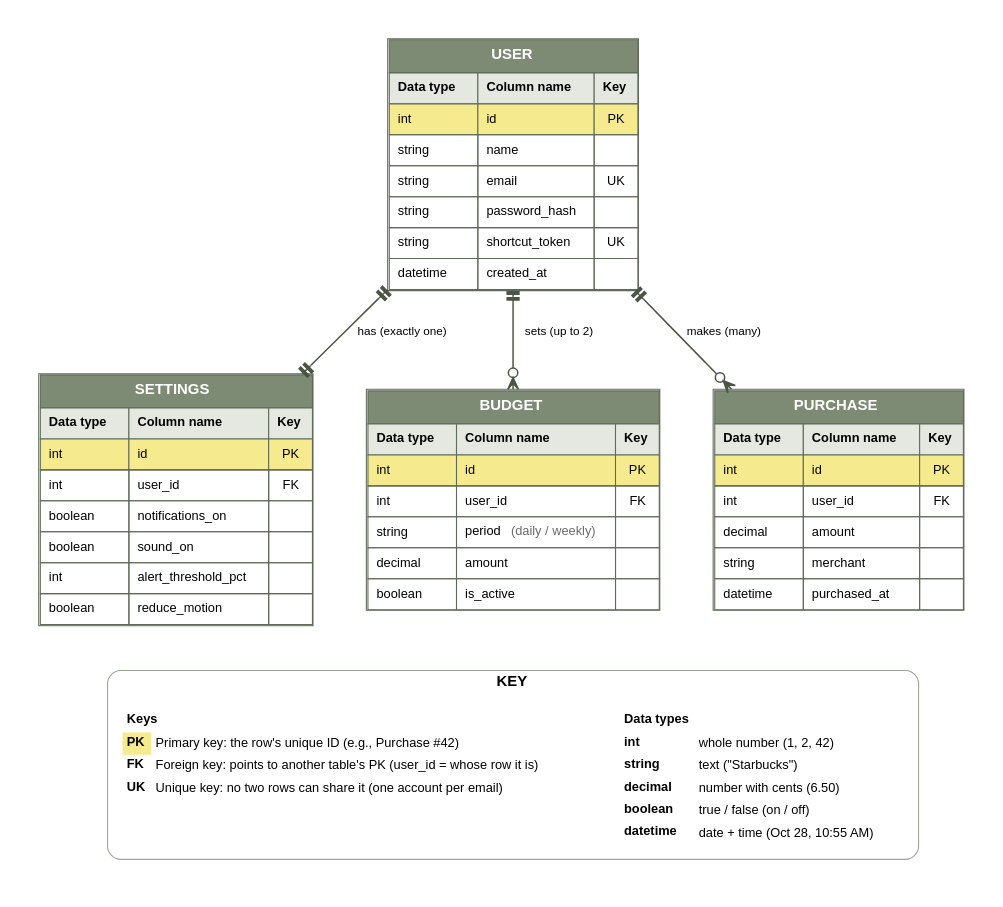
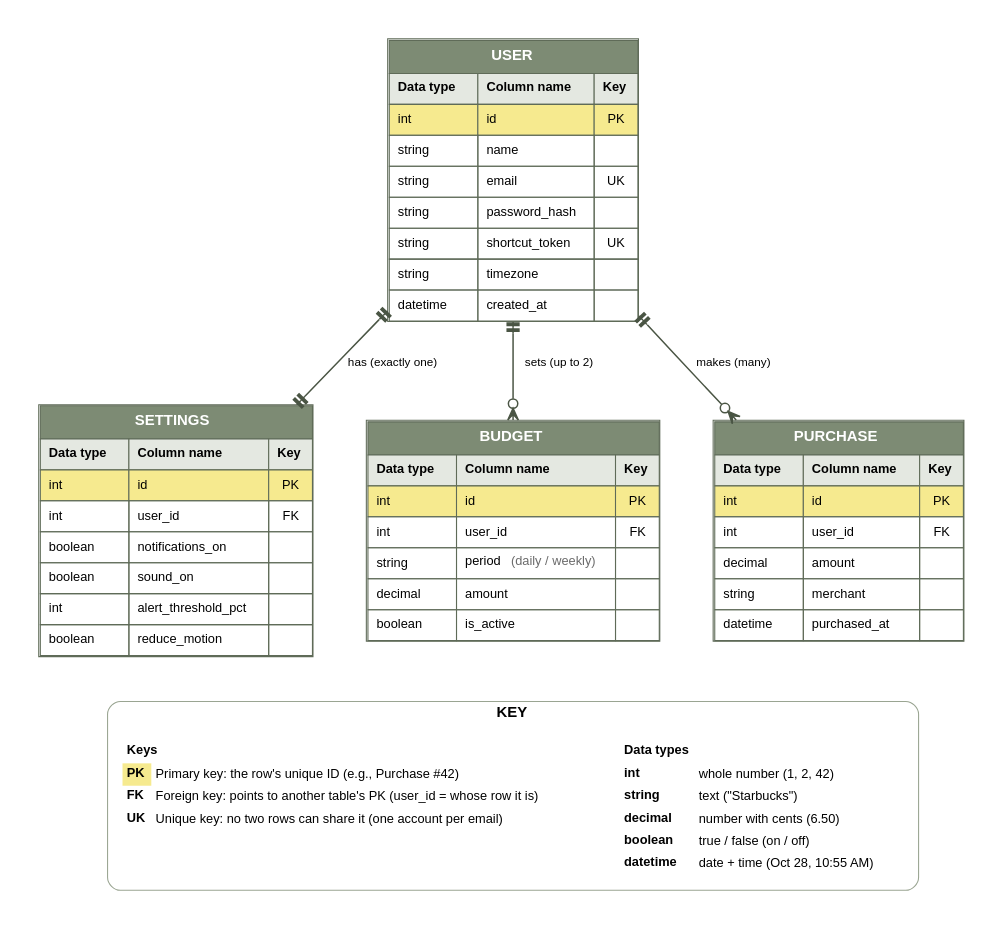
Before and after one commit to MarieblancheBotilou/Clink: the diagram in docs/diagrams/er-diagram.dot, drawn with Graphviz. The commit also changed 6 other files, not shown here.

Commit message:
Add relational schema and time zone column

```diff
--- a/docs/diagrams/er-diagram.dot
+++ b/docs/diagrams/er-diagram.dot
@@ -1,67 +1,68 @@
 digraph ER {
   graph [fontname="Helvetica", bgcolor="white", nodesep=0.7, ranksep=0.9, pad=0.4, newrank=true];
   node  [shape=plain, fontname="Helvetica", fontsize=12];
   edge  [fontname="Helvetica", fontsize=11, color="#4a5544", penwidth=1.4, dir=both, arrowsize=1.1];
 
   // colors: sage header, yellow PK row
   User [label=<<TABLE BORDER="1" CELLBORDER="1" CELLSPACING="0" CELLPADDING="7" COLOR="#5f6b58">
     <TR><TD COLSPAN="3" BGCOLOR="#7d8b74"><FONT COLOR="white" POINT-SIZE="14"><B>USER</B></FONT></TD></TR>
     <TR><TD BGCOLOR="#e4e8e1" ALIGN="LEFT"><B>Data type</B></TD><TD BGCOLOR="#e4e8e1" ALIGN="LEFT"><B>Column name</B></TD><TD BGCOLOR="#e4e8e1"><B>Key</B></TD></TR>
     <TR><TD BGCOLOR="#f6ea8f" ALIGN="LEFT">int</TD><TD BGCOLOR="#f6ea8f" ALIGN="LEFT">id</TD><TD BGCOLOR="#f6ea8f">PK</TD></TR>
     <TR><TD ALIGN="LEFT">string</TD><TD ALIGN="LEFT">name</TD><TD></TD></TR>
     <TR><TD ALIGN="LEFT">string</TD><TD ALIGN="LEFT">email</TD><TD>UK</TD></TR>
     <TR><TD ALIGN="LEFT">string</TD><TD ALIGN="LEFT">password_hash</TD><TD></TD></TR>
     <TR><TD ALIGN="LEFT">string</TD><TD ALIGN="LEFT">shortcut_token</TD><TD>UK</TD></TR>
+    <TR><TD ALIGN="LEFT">string</TD><TD ALIGN="LEFT">timezone</TD><TD></TD></TR>
     <TR><TD ALIGN="LEFT">datetime</TD><TD ALIGN="LEFT">created_at</TD><TD></TD></TR>
   </TABLE>>];
 
   Settings [label=<<TABLE BORDER="1" CELLBORDER="1" CELLSPACING="0" CELLPADDING="7" COLOR="#5f6b58">
     <TR><TD COLSPAN="3" BGCOLOR="#7d8b74"><FONT COLOR="white" POINT-SIZE="14"><B>SETTINGS</B></FONT></TD></TR>
     <TR><TD BGCOLOR="#e4e8e1" ALIGN="LEFT"><B>Data type</B></TD><TD BGCOLOR="#e4e8e1" ALIGN="LEFT"><B>Column name</B></TD><TD BGCOLOR="#e4e8e1"><B>Key</B></TD></TR>
     <TR><TD BGCOLOR="#f6ea8f" ALIGN="LEFT">int</TD><TD BGCOLOR="#f6ea8f" ALIGN="LEFT">id</TD><TD BGCOLOR="#f6ea8f">PK</TD></TR>
     <TR><TD ALIGN="LEFT">int</TD><TD ALIGN="LEFT">user_id</TD><TD>FK</TD></TR>
     <TR><TD ALIGN="LEFT">boolean</TD><TD ALIGN="LEFT">notifications_on</TD><TD></TD></TR>
     <TR><TD ALIGN="LEFT">boolean</TD><TD ALIGN="LEFT">sound_on</TD><TD></TD></TR>
     <TR><TD ALIGN="LEFT">int</TD><TD ALIGN="LEFT">alert_threshold_pct</TD><TD></TD></TR>
     <TR><TD ALIGN="LEFT">boolean</TD><TD ALIGN="LEFT">reduce_motion</TD><TD></TD></TR>
   </TABLE>>];
 
   Budget [label=<<TABLE BORDER="1" CELLBORDER="1" CELLSPACING="0" CELLPADDING="7" COLOR="#5f6b58">
     <TR><TD COLSPAN="3" BGCOLOR="#7d8b74"><FONT COLOR="white" POINT-SIZE="14"><B>BUDGET</B></FONT></TD></TR>
     <TR><TD BGCOLOR="#e4e8e1" ALIGN="LEFT"><B>Data type</B></TD><TD BGCOLOR="#e4e8e1" ALIGN="LEFT"><B>Column name</B></TD><TD BGCOLOR="#e4e8e1"><B>Key</B></TD></TR>
     <TR><TD BGCOLOR="#f6ea8f" ALIGN="LEFT">int</TD><TD BGCOLOR="#f6ea8f" ALIGN="LEFT">id</TD><TD BGCOLOR="#f6ea8f">PK</TD></TR>
     <TR><TD ALIGN="LEFT">int</TD><TD ALIGN="LEFT">user_id</TD><TD>FK</TD></TR>
     <TR><TD ALIGN="LEFT">string</TD><TD ALIGN="LEFT">period <FONT COLOR="#6b6b6b">(daily / weekly)</FONT></TD><TD></TD></TR>
     <TR><TD ALIGN="LEFT">decimal</TD><TD ALIGN="LEFT">amount</TD><TD></TD></TR>
     <TR><TD ALIGN="LEFT">boolean</TD><TD ALIGN="LEFT">is_active</TD><TD></TD></TR>
   </TABLE>>];
 
   Purchase [label=<<TABLE BORDER="1" CELLBORDER="1" CELLSPACING="0" CELLPADDING="7" COLOR="#5f6b58">
     <TR><TD COLSPAN="3" BGCOLOR="#7d8b74"><FONT COLOR="white" POINT-SIZE="14"><B>PURCHASE</B></FONT></TD></TR>
     <TR><TD BGCOLOR="#e4e8e1" ALIGN="LEFT"><B>Data type</B></TD><TD BGCOLOR="#e4e8e1" ALIGN="LEFT"><B>Column name</B></TD><TD BGCOLOR="#e4e8e1"><B>Key</B></TD></TR>
     <TR><TD BGCOLOR="#f6ea8f" ALIGN="LEFT">int</TD><TD BGCOLOR="#f6ea8f" ALIGN="LEFT">id</TD><TD BGCOLOR="#f6ea8f">PK</TD></TR>
     <TR><TD ALIGN="LEFT">int</TD><TD ALIGN="LEFT">user_id</TD><TD>FK</TD></TR>
     <TR><TD ALIGN="LEFT">decimal</TD><TD ALIGN="LEFT">amount</TD><TD></TD></TR>
     <TR><TD ALIGN="LEFT">string</TD><TD ALIGN="LEFT">merchant</TD><TD></TD></TR>
     <TR><TD ALIGN="LEFT">datetime</TD><TD ALIGN="LEFT">purchased_at</TD><TD></TD></TR>
   </TABLE>>];
 
   User -> Settings [arrowtail=teetee, arrowhead=teetee, label="  has (exactly one)"];
   User -> Budget   [arrowtail=teetee, arrowhead=crowodot, label="  sets (up to 2)"];
   User -> Purchase [arrowtail=teetee, arrowhead=crowodot, label="  makes (many)"];
   { rank=same; Settings; Budget; Purchase; }
 
   // ---------- Legend ----------
   subgraph cluster_key {
     label=<<B>KEY</B>>; fontsize=14; style="rounded"; color="#9aa592"; margin=14;
     keys [label=<<TABLE BORDER="0" CELLBORDER="0" CELLSPACING="0" CELLPADDING="4">
       <TR><TD ALIGN="LEFT" COLSPAN="2"><B>Keys</B></TD><TD WIDTH="30"></TD><TD ALIGN="LEFT" COLSPAN="2"><B>Data types</B></TD></TR>
       <TR><TD ALIGN="LEFT" BGCOLOR="#f6ea8f"><B>PK</B></TD><TD ALIGN="LEFT">Primary key: the row's unique ID (e.g., Purchase #42)</TD><TD></TD><TD ALIGN="LEFT"><B>int</B></TD><TD ALIGN="LEFT">whole number (1, 2, 42)</TD></TR>
       <TR><TD ALIGN="LEFT"><B>FK</B></TD><TD ALIGN="LEFT">Foreign key: points to another table's PK (user_id = whose row it is)</TD><TD></TD><TD ALIGN="LEFT"><B>string</B></TD><TD ALIGN="LEFT">text ("Starbucks")</TD></TR>
       <TR><TD ALIGN="LEFT"><B>UK</B></TD><TD ALIGN="LEFT">Unique key: no two rows can share it (one account per email)</TD><TD></TD><TD ALIGN="LEFT"><B>decimal</B></TD><TD ALIGN="LEFT">number with cents (6.50)</TD></TR>
       <TR><TD></TD><TD></TD><TD></TD><TD ALIGN="LEFT"><B>boolean</B></TD><TD ALIGN="LEFT">true / false (on / off)</TD></TR>
       <TR><TD></TD><TD></TD><TD></TD><TD ALIGN="LEFT"><B>datetime</B></TD><TD ALIGN="LEFT">date + time (Oct 28, 10:55 AM)</TD></TR>
     </TABLE>>];
   }
   Budget -> keys [style=invis, dir=none];
 }
```
